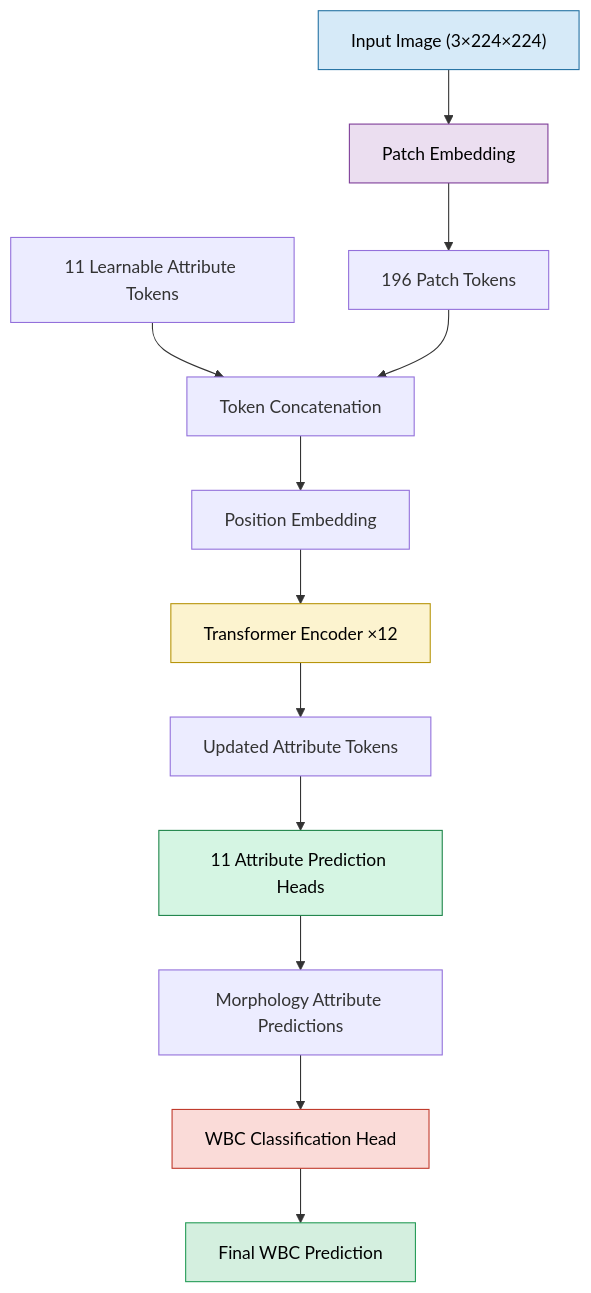
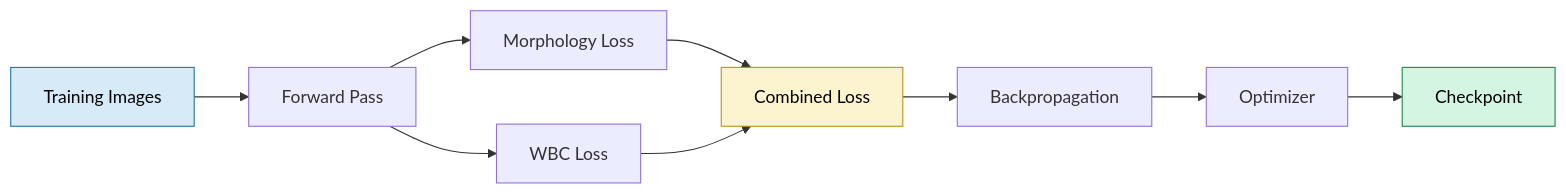
Before and after one commit to fassi182/WBC_Morphology_Analysis_with_a_MAL_ViT_Inspired_Architecture: the third of 3 diagrams in README.md, drawn with Mermaid. The commit also changed other lines of this file, not shown here.

````diff
--- a/README.md
+++ b/README.md
@@ -254,53 +257,32 @@
 ```mermaid
-flowchart TB
+flowchart LR
 
-IMG["Input Image (3×224×224)"]
+A["Training Images"]
 
-PATCH["Patch Embedding"]
+B["Forward Pass"]
 
-PATCHES["196 Patch Tokens"]
+C["Morphology Loss"]
 
-ATTR["11 Learnable Attribute Tokens"]
+D["WBC Loss"]
 
-CAT["Token Concatenation"]
+E["Combined Loss"]
 
-POS["Position Embedding"]
+F["Backpropagation"]
 
-ENC["Transformer Encoder ×12"]
+G["Optimizer"]
 
-ATTRTOKENS["Updated Attribute Tokens"]
+H["Checkpoint"]
 
-HEADS["11 Attribute Prediction Heads"]
+A --> B
+B --> C
+B --> D
+C --> E
+D --> E
+E --> F
+F --> G
+G --> H
 
-ATTRLOGITS["Morphology Attribute Predictions"]
-
-CLS["WBC Classification Head"]
-
-OUT["Final WBC Prediction"]
-
-IMG --> PATCH
-PATCH --> PATCHES
-
-ATTR --> CAT
-PATCHES --> CAT
-
-CAT --> POS
-POS --> ENC
-
-ENC --> ATTRTOKENS
-
-ATTRTOKENS --> HEADS
-
-HEADS --> ATTRLOGITS
-
-ATTRLOGITS --> CLS
-
-CLS --> OUT
-
-style IMG fill:#D6EAF8,stroke:#2471A3,color:#000
-style PATCH fill:#EBDEF0,stroke:#7D3C98,color:#000
-style ENC fill:#FCF3CF,stroke:#B7950B,color:#000
-style HEADS fill:#D5F5E3,stroke:#1E8449,color:#000
-style CLS fill:#FADBD8,stroke:#C0392B,color:#000
-style OUT fill:#D4EFDF,stroke:#239B56,color:#000
+style A fill:#D6EAF8,stroke:#2471A3,color:#000
+style E fill:#FCF3CF,stroke:#B7950B,color:#000
+style H fill:#D5F5E3,stroke:#1E8449,color:#000
 ```
````
